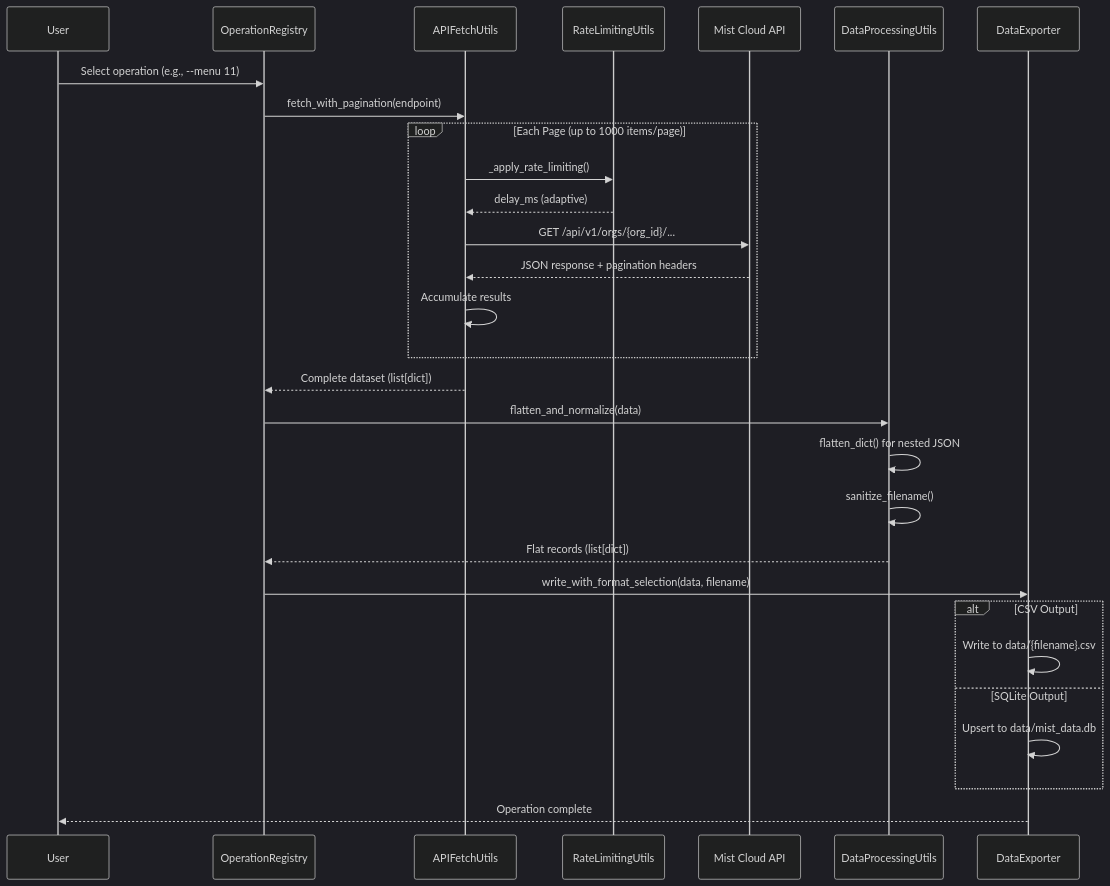
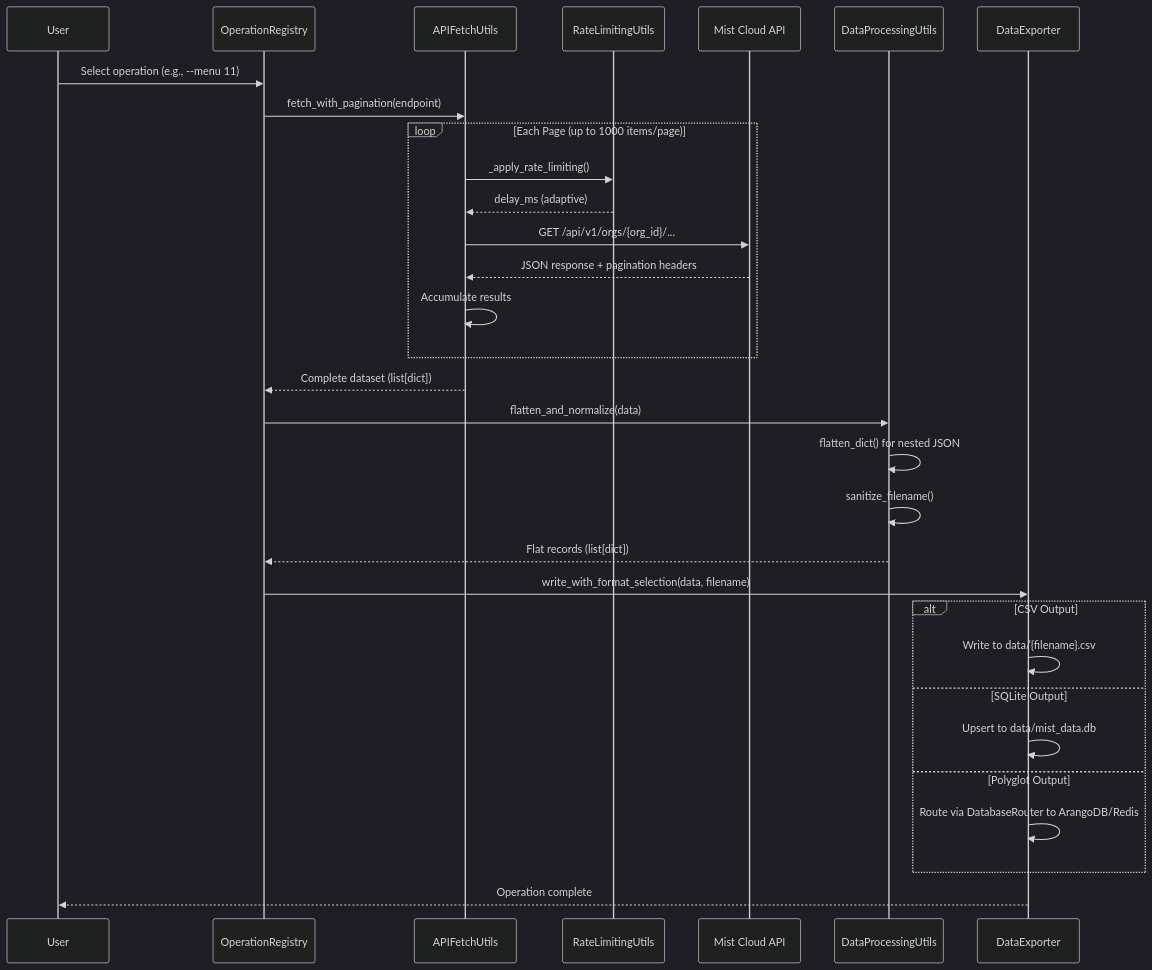
Before and after one commit to jmorrison-juniper/MistHelper: the first of 2 diagrams in documentation/diagrams/core/data-pipeline.md, drawn with Mermaid. The commit also changed other lines of this file and 44 other files, not shown here.

````diff
--- a/documentation/diagrams/core/data-pipeline.md
+++ b/documentation/diagrams/core/data-pipeline.md
@@ -11,45 +11,47 @@
 ```mermaid
 %%{init: {'theme': 'dark', 'themeVariables': {
   'primaryColor': '#E20074',
   'primaryTextColor': '#E0E0E0',
   'primaryBorderColor': '#99004D',
   'lineColor': '#FF4DA6',
   'secondaryColor': '#16213E',
   'tertiaryColor': '#1A1A2E',
   'fontFamily': 'ui-monospace, monospace'
 }}}%%
 sequenceDiagram
     participant User
     participant Menu as OperationRegistry
     participant Fetch as APIFetchUtils
     participant Rate as RateLimitingUtils
     participant API as Mist Cloud API
     participant Process as DataProcessingUtils
     participant Export as DataExporter
 
     User->>Menu: Select operation (e.g., --menu 11)
     Menu->>Fetch: fetch_with_pagination(endpoint)
     
     loop Each Page (up to 1000 items/page)
         Fetch->>Rate: _apply_rate_limiting()
         Rate-->>Fetch: delay_ms (adaptive)
         Fetch->>API: GET /api/v1/orgs/{org_id}/...
         API-->>Fetch: JSON response + pagination headers
         Fetch->>Fetch: Accumulate results
     end
 
     Fetch-->>Menu: Complete dataset (list[dict])
     Menu->>Process: flatten_and_normalize(data)
     Process->>Process: flatten_dict() for nested JSON
     Process->>Process: sanitize_filename()
     Process-->>Menu: Flat records (list[dict])
     Menu->>Export: write_with_format_selection(data, filename)
     
     alt CSV Output
         Export->>Export: Write to data/{filename}.csv
     else SQLite Output
         Export->>Export: Upsert to data/mist_data.db
+    else Polyglot Output
+        Export->>Export: Route via DatabaseRouter to ArangoDB/Redis
     end
     
     Export-->>User: Operation complete
 ```
````
